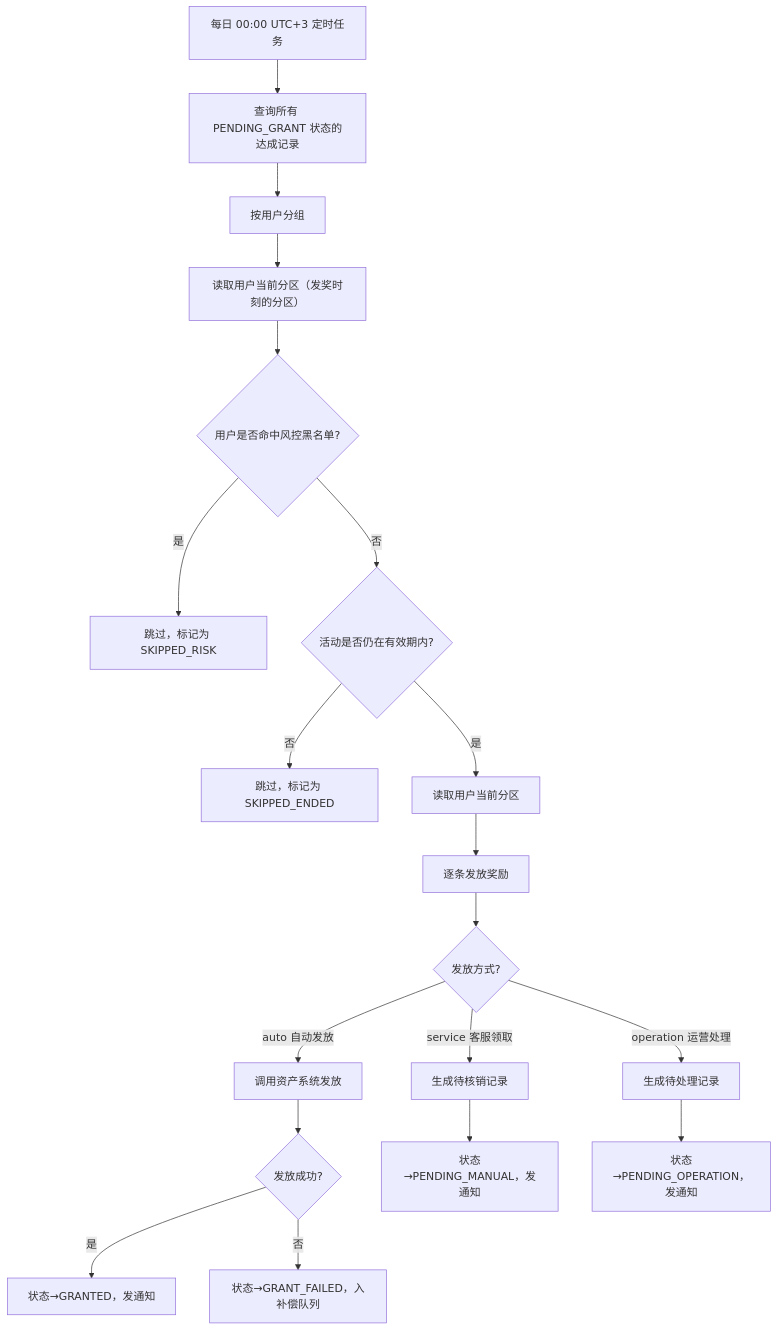
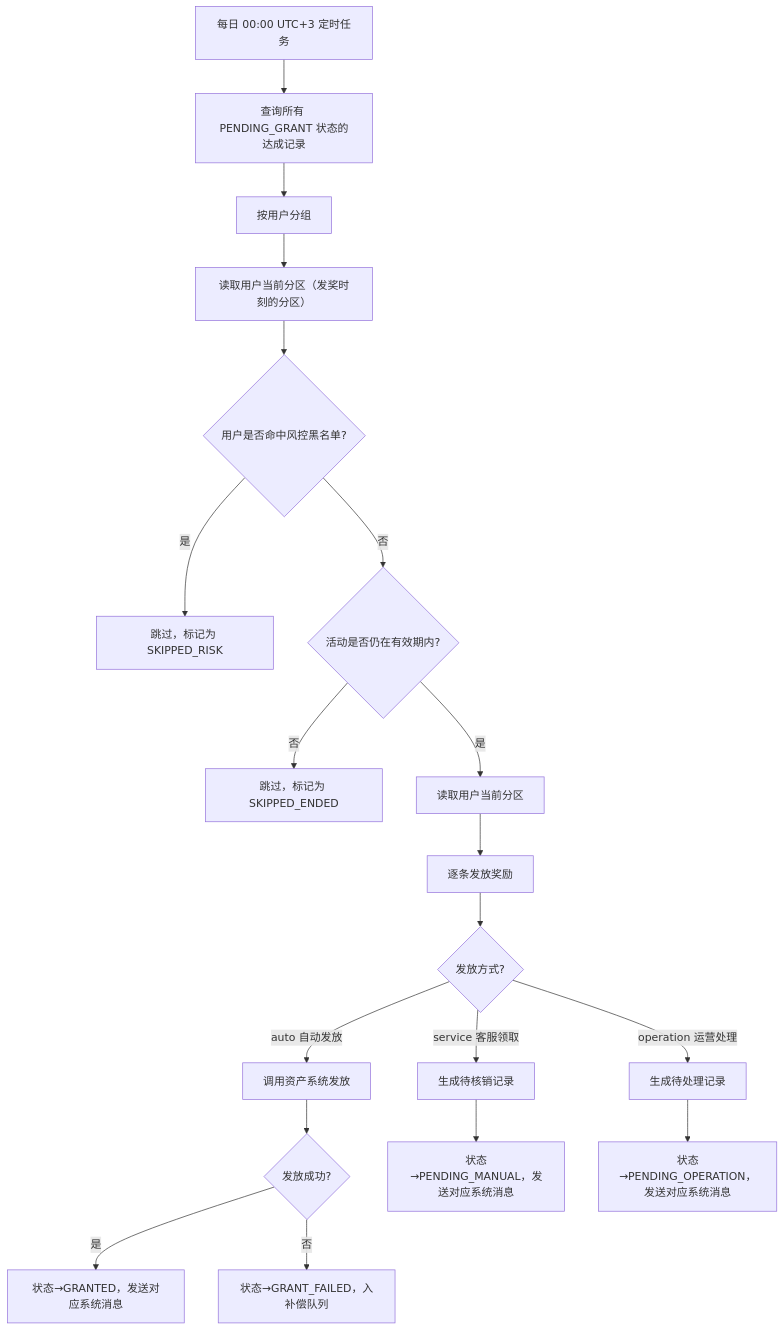
The fourth of 10 diagrams in 充值活动PRD_重写版.md (kocekid/Recharge-Event-Requirements), drawn with Mermaid before and after one commit. The commit also changed other lines of this file and 2 other files, not shown here.

````diff
--- a/充值活动PRD_重写版.md
+++ b/充值活动PRD_重写版.md
@@ -829,23 +829,23 @@
 ```mermaid
 flowchart TD
     A[每日 00:00 UTC+3 定时任务] --> B[查询所有 PENDING_GRANT 状态的达成记录]
     B --> C[按用户分组]
     C --> D[读取用户当前分区（发奖时刻的分区）]
     D --> E{用户是否命中风控黑名单?}
     E -->|是| Z1[跳过，标记为 SKIPPED_RISK]
     E -->|否| F{活动是否仍在有效期内?}
     F -->|否| Z2[跳过，标记为 SKIPPED_ENDED]
     F -->|是| G[读取用户当前分区]
     G --> H[逐条发放奖励]
 
     H --> I{发放方式?}
     I -->|auto 自动发放| J[调用资产系统发放]
     I -->|service 客服领取| K[生成待核销记录]
     I -->|operation 运营处理| L[生成待处理记录]
 
     J --> M{发放成功?}
-    M -->|是| N[状态→GRANTED，发通知]
+    M -->|是| N[状态→GRANTED，发送对应系统消息]
     M -->|否| O[状态→GRANT_FAILED，入补偿队列]
-    K --> P[状态→PENDING_MANUAL，发通知]
-    L --> Q[状态→PENDING_OPERATION，发通知]
+    K --> P[状态→PENDING_MANUAL，发送对应系统消息]
+    L --> Q[状态→PENDING_OPERATION，发送对应系统消息]
 ```
````
